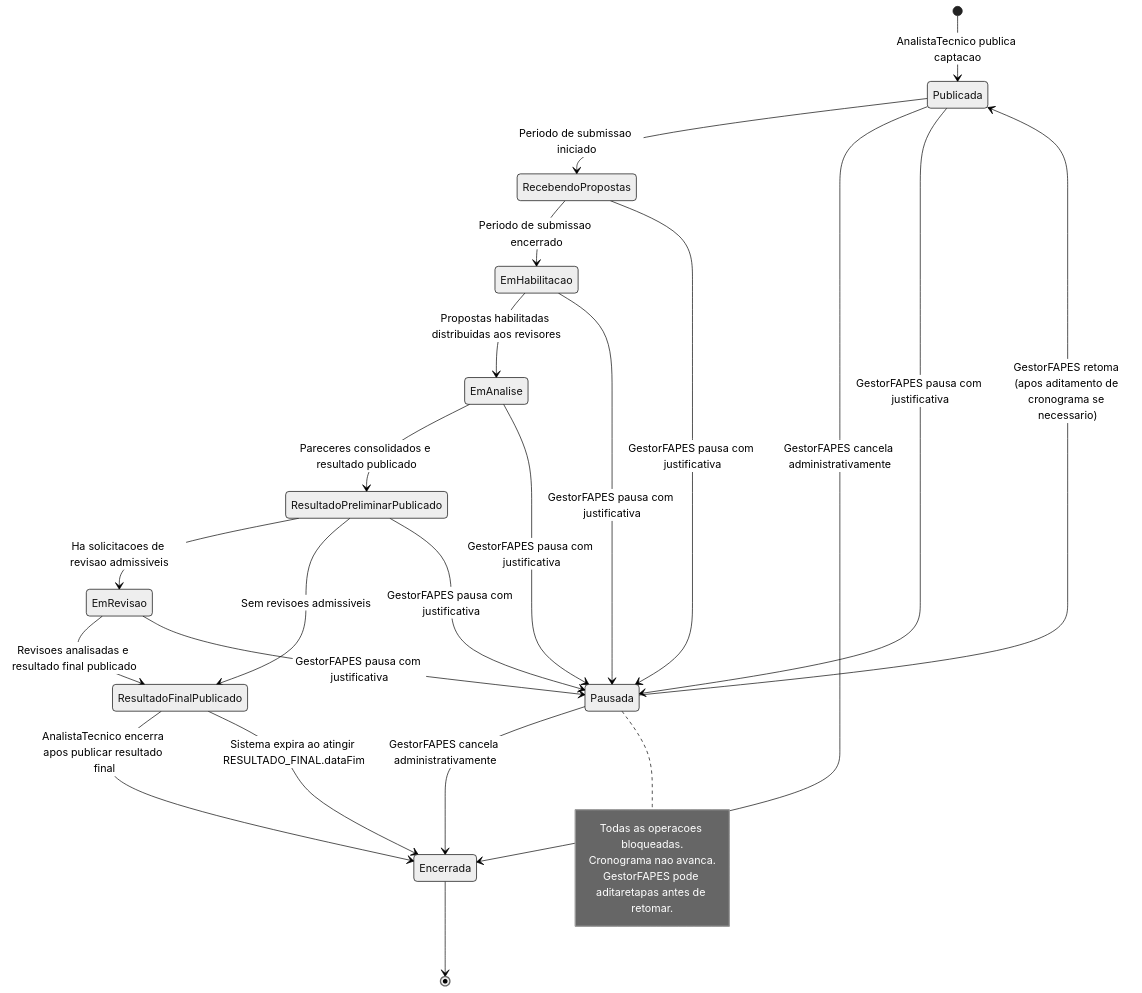
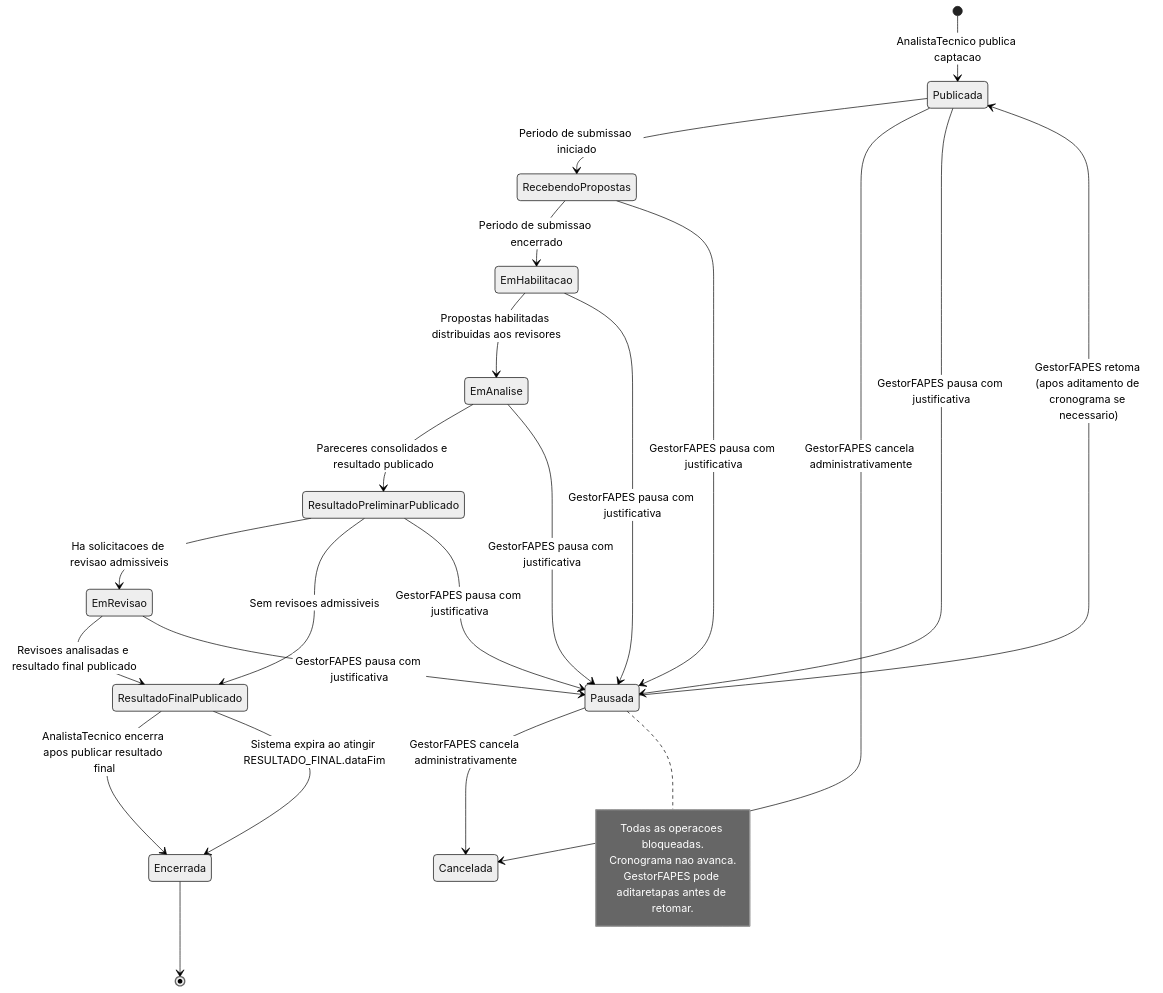
Before and after one commit to Czzped/conecta-fapes-teste: the fifth of 5 diagrams in docs/implementation/modules/M011-configuracao-captacao/process-selecao-projetos.md, drawn with Mermaid (neutral theme). The commit also changed 18 other files, not shown here.

````diff
--- a/docs/implementation/modules/M011-configuracao-captacao/process-selecao-projetos.md
+++ b/docs/implementation/modules/M011-configuracao-captacao/process-selecao-projetos.md
@@ -207,30 +207,30 @@
 ```mermaid
 stateDiagram-v2
     [*] --> Publicada : AnalistaTecnico publica captacao
     Publicada --> RecebendoPropostas : Periodo de submissao iniciado
     RecebendoPropostas --> EmHabilitacao : Periodo de submissao encerrado
     EmHabilitacao --> EmAnalise : Propostas habilitadas distribuidas aos revisores
     EmAnalise --> ResultadoPreliminarPublicado : Pareceres consolidados e resultado publicado
     ResultadoPreliminarPublicado --> EmRevisao : Ha solicitacoes de revisao admissiveis
     ResultadoPreliminarPublicado --> ResultadoFinalPublicado : Sem revisoes admissiveis
     EmRevisao --> ResultadoFinalPublicado : Revisoes analisadas e resultado final publicado
     ResultadoFinalPublicado --> Encerrada : AnalistaTecnico encerra apos publicar resultado final
     ResultadoFinalPublicado --> Encerrada : Sistema expira ao atingir RESULTADO_FINAL.dataFim
-    Publicada --> Encerrada : GestorFAPES cancela administrativamente
-    Pausada --> Encerrada : GestorFAPES cancela administrativamente
+    Publicada --> Cancelada : GestorFAPES cancela administrativamente
+    Pausada --> Cancelada : GestorFAPES cancela administrativamente
     Encerrada --> [*]
 
     Publicada --> Pausada : GestorFAPES pausa com justificativa
     RecebendoPropostas --> Pausada : GestorFAPES pausa com justificativa
     EmHabilitacao --> Pausada : GestorFAPES pausa com justificativa
     EmAnalise --> Pausada : GestorFAPES pausa com justificativa
     ResultadoPreliminarPublicado --> Pausada : GestorFAPES pausa com justificativa
     EmRevisao --> Pausada : GestorFAPES pausa com justificativa
     Pausada --> Publicada : GestorFAPES retoma (apos aditamento de cronograma se necessario)
 
     note right of Pausada
         Todas as operacoes bloqueadas.
         Cronograma nao avanca.
         GestorFAPES pode aditaretapas antes de retomar.
     end note
 ```
````
